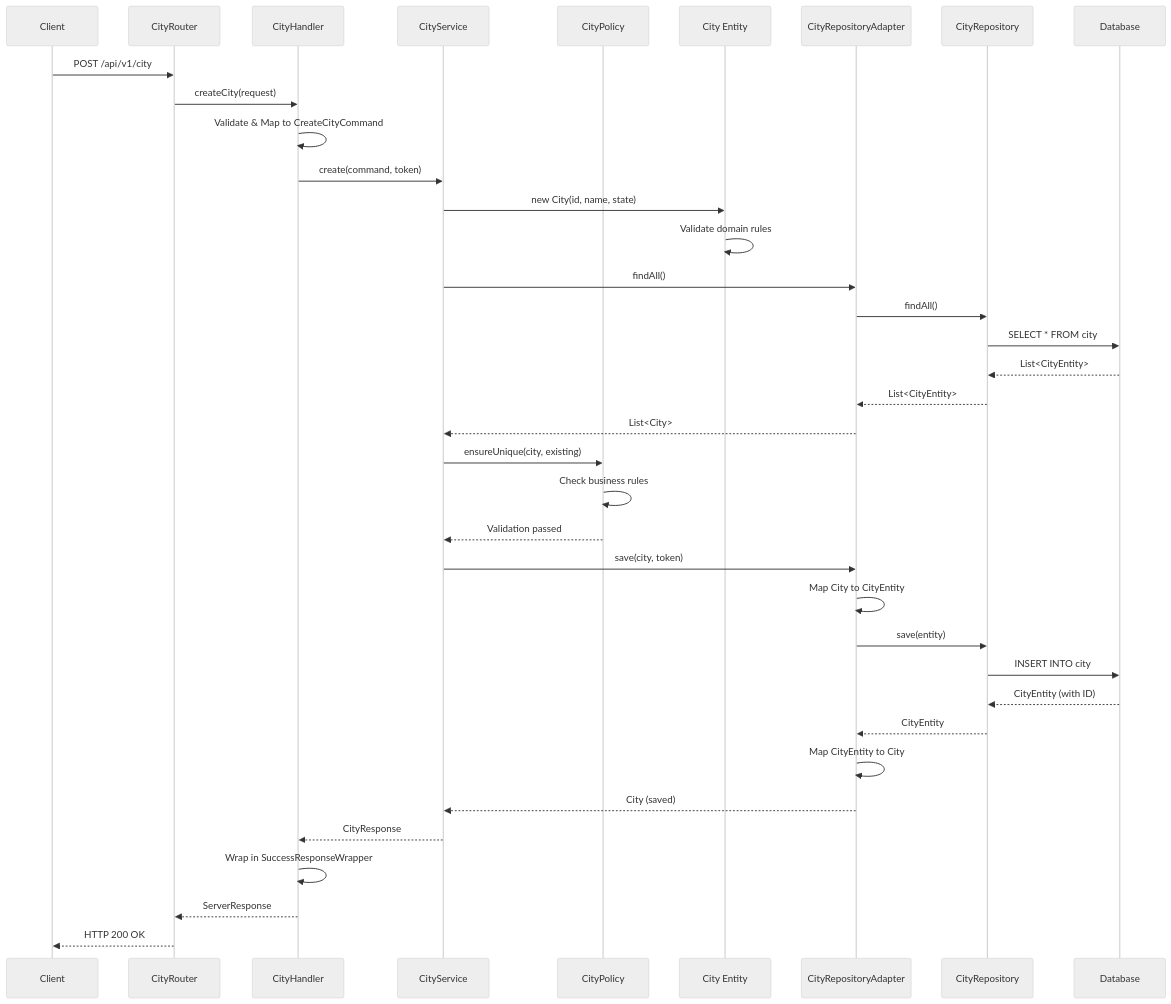
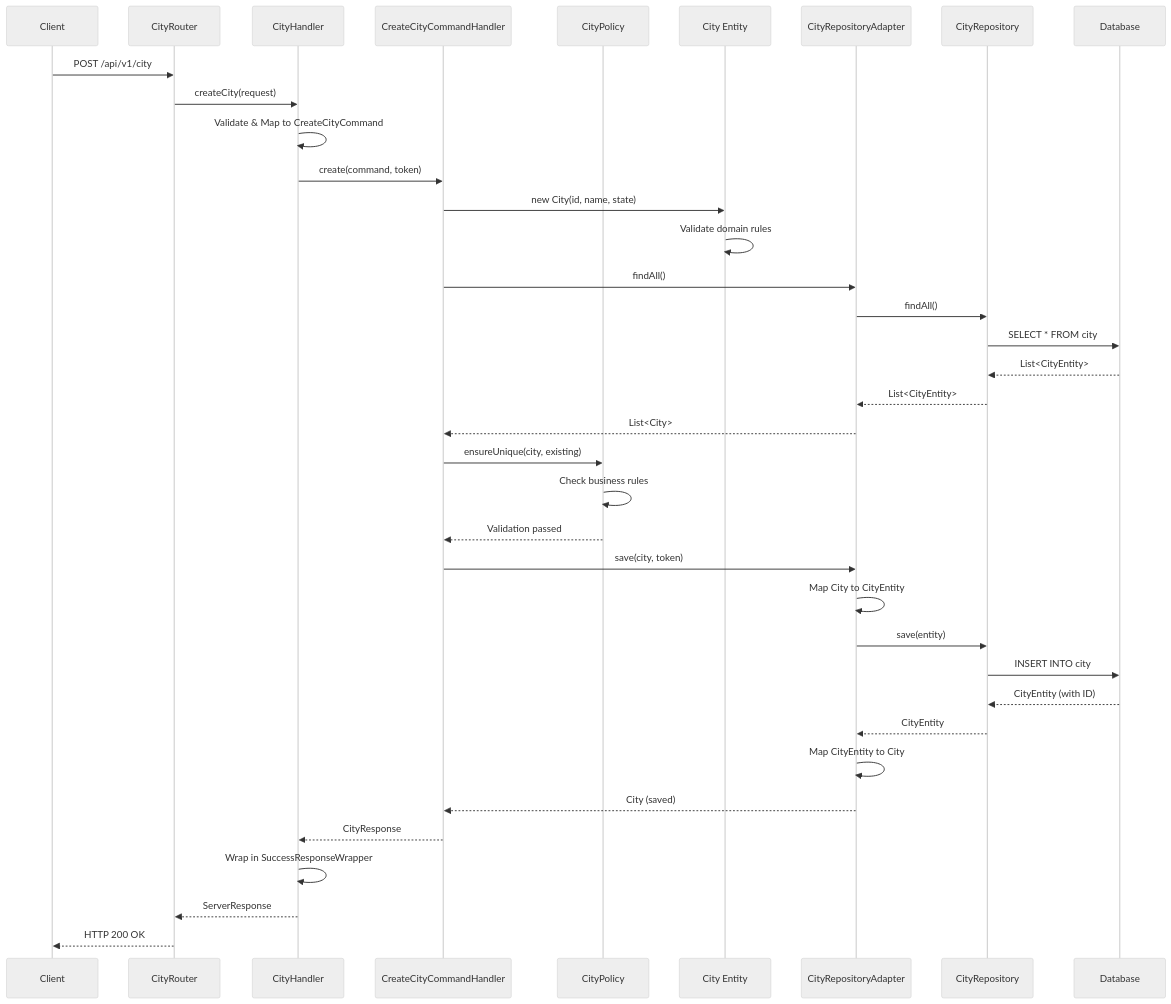
One commit to rajib-reea/spring-hexagonal-pjt changed the second of 3 diagrams in Architecture.md. Above: the diagram before and after it, drawn with Mermaid (neutral theme). The commit also changed other lines of this file, not shown here.

Commit message:
Update Architecture.md to reflect current code structure

````diff
--- a/Architecture.md
+++ b/Architecture.md
@@ -205,40 +208,40 @@
 ```mermaid
 sequenceDiagram
     participant C as Client
     participant R as CityRouter
     participant H as CityHandler
-    participant S as CityService
+    participant S as CreateCityCommandHandler
     participant P as CityPolicy
     participant City as City Entity
     participant A as CityRepositoryAdapter
     participant Repo as CityRepository
     participant DB as Database
 
     C->>R: POST /api/v1/city
     R->>H: createCity(request)
     H->>H: Validate & Map to CreateCityCommand
     H->>S: create(command, token)
     S->>City: new City(id, name, state)
     City->>City: Validate domain rules
     S->>A: findAll()
     A->>Repo: findAll()
     Repo->>DB: SELECT * FROM city
     DB-->>Repo: List<CityEntity>
     Repo-->>A: List<CityEntity>
     A-->>S: List<City>
     S->>P: ensureUnique(city, existing)
     P->>P: Check business rules
     P-->>S: Validation passed
     S->>A: save(city, token)
     A->>A: Map City to CityEntity
     A->>Repo: save(entity)
     Repo->>DB: INSERT INTO city
     DB-->>Repo: CityEntity (with ID)
     Repo-->>A: CityEntity
     A->>A: Map CityEntity to City
     A-->>S: City (saved)
     S-->>H: CityResponse
     H->>H: Wrap in SuccessResponseWrapper
     H-->>R: ServerResponse
     R-->>C: HTTP 200 OK
 ```
````
